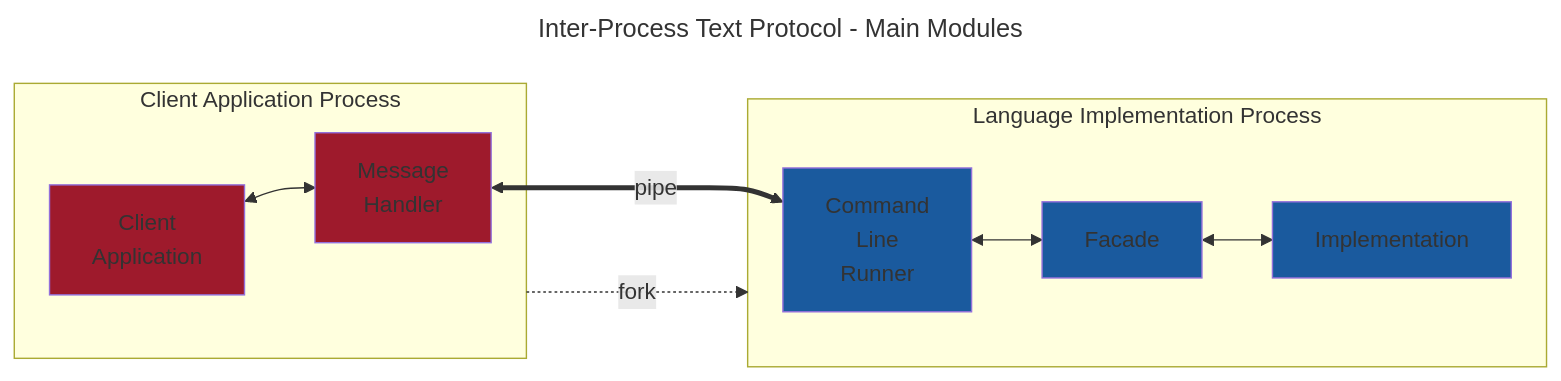
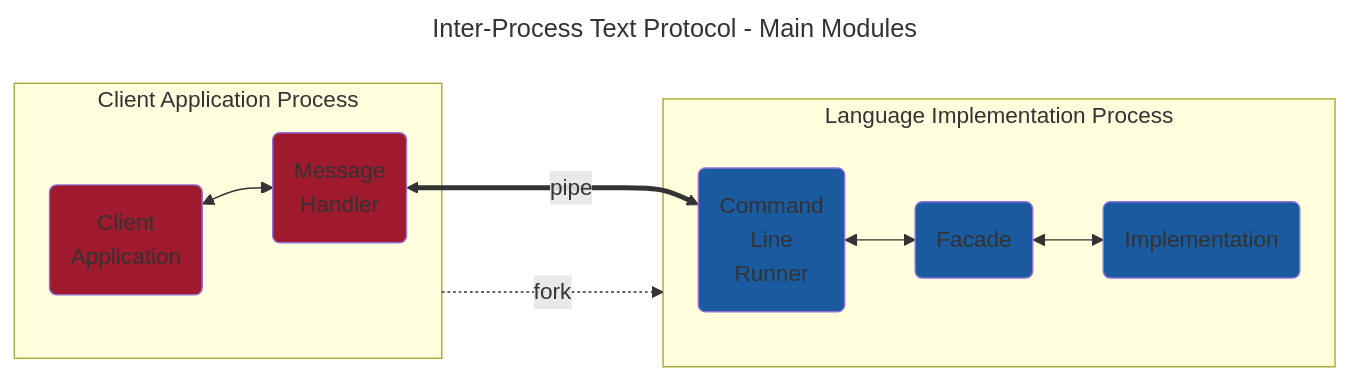
The first of 2 diagrams in dev-doc/inter-process-text-protocol.md (murex/gamekit-coffeemachine), drawn with Mermaid before and after one commit.

Commit message:
Minor presentation tuning in IPTP diagram

````diff
--- a/dev-doc/inter-process-text-protocol.md
+++ b/dev-doc/inter-process-text-protocol.md
@@ -8,28 +8,28 @@
 ```mermaid
 ---
 title: Inter-Process Text Protocol - Main Modules
 ---
 graph LR
     subgraph client_process [Client Application Process]
-        client_app[Client<br>Application]
-        client_msg_handler[Message<br>Handler]
+        client_app(Client<br>Application)
+        client_msg_handler(Message<br>Handler)
     end
 
     subgraph impl_process [Language Implementation Process]
-        impl_runner[Command<br>Line<br>Runner]
-        impl_facade[Facade]
-        impl_app[Implementation]
+        impl_runner(Command<br>Line<br>Runner)
+        impl_facade(Facade)
+        impl_app(Implementation)
     end
 
     client_process -. fork -.-> impl_process
     client_app <--> client_msg_handler
     client_msg_handler <== pipe ===> impl_runner
     impl_runner <--> impl_facade <--> impl_app
     classDef client fill:#9e1a2c;
     classDef impl fill:#1a5a9e;
     class client_app client;
     class client_msg_handler client;
     class impl_runner impl;
     class impl_facade impl;
     class impl_app impl;
 ```
````
